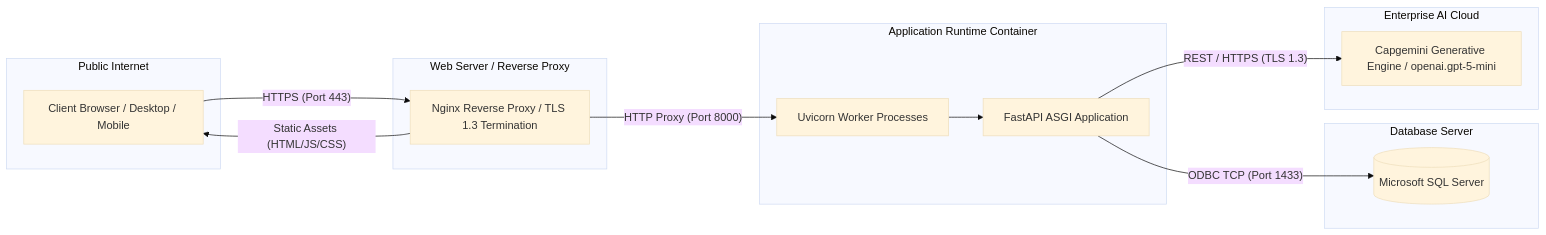
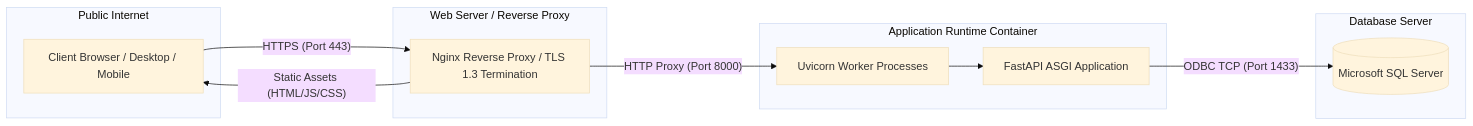
Before and after one commit to Satyam12Capgemini/AiEcommerce: the eighth of 8 diagrams in LLD_AI_Ecommerce_Assistant.md, drawn with Mermaid (base theme). The commit also changed other lines of this file and 2 other files, not shown here.

Commit message:
Refactor LLD: Align architecture strictly with actual codebase (remove unimplemented RBAC and external LLM, use true in-memory NLU and PBKDF2 auth)

````diff
--- a/LLD_AI_Ecommerce_Assistant.md
+++ b/LLD_AI_Ecommerce_Assistant.md
@@ -685,30 +683,25 @@
 ```mermaid
 flowchart LR
     subgraph Internet [Public Internet]
         Browser[Client Browser / Desktop / Mobile]
     end
 
     subgraph ReverseProxy [Web Server / Reverse Proxy]
         Nginx[Nginx Reverse Proxy / TLS 1.3 Termination]
     end
 
     subgraph AppHost [Application Runtime Container]
         FastAPI_App[FastAPI ASGI Application]
         UvicornWorkers[Uvicorn Worker Processes]
     end
 
     subgraph DatabaseHost [Database Server]
         MSSQL[(Microsoft SQL Server)]
     end
 
-    subgraph ExternalAI [Enterprise AI Cloud]
-        CapgeminiAI[Capgemini Generative Engine / openai.gpt-5-mini]
-    end
-
     Browser -- HTTPS (Port 443) --> Nginx
     Nginx -- Static Assets (HTML/JS/CSS) --> Browser
     Nginx -- HTTP Proxy (Port 8000) --> UvicornWorkers
     UvicornWorkers --> FastAPI_App
     FastAPI_App -- ODBC TCP (Port 1433) --> MSSQL
-    FastAPI_App -- REST / HTTPS (TLS 1.3) --> CapgeminiAI
 ```
````
